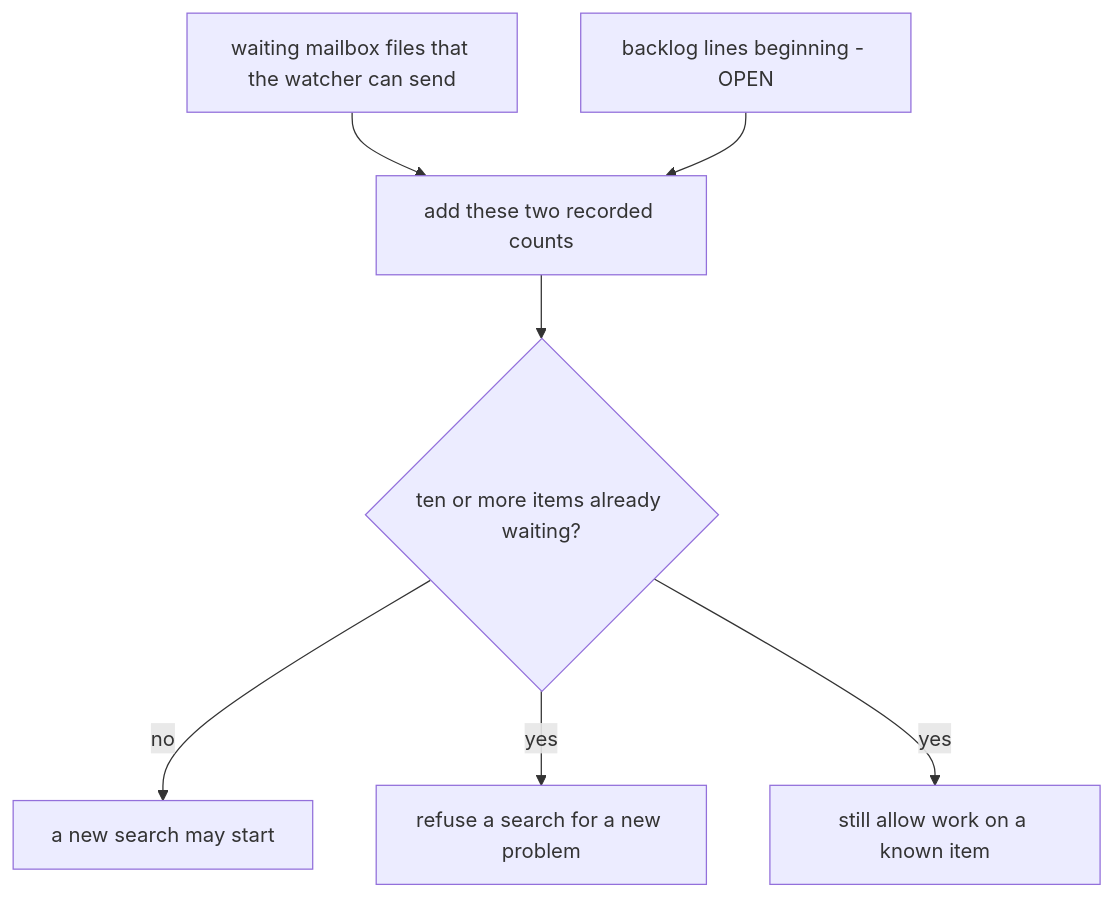
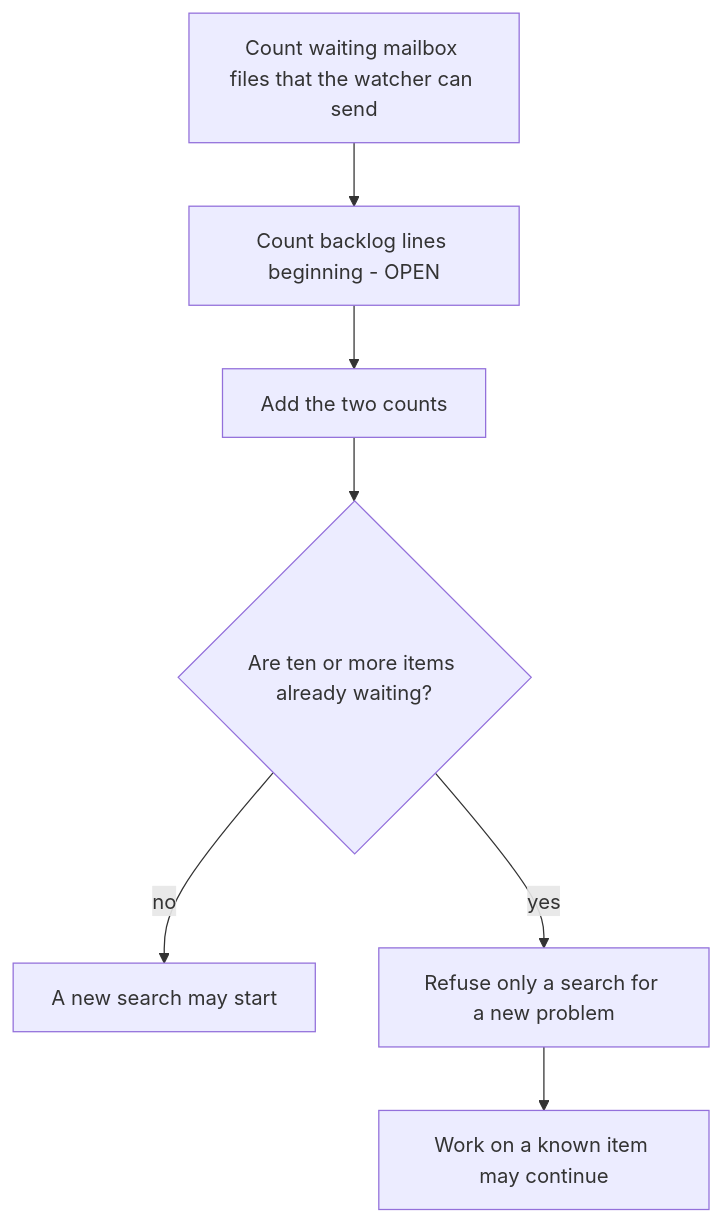
The sixth of 6 diagrams in ai/README.md (SBU-COSMOLIKE/emulators_code_v2), drawn with Mermaid before and after one commit. The commit also changed other lines of this file, not shown here.

````diff
--- a/ai/README.md
+++ b/ai/README.md
@@ -941,9 +951,9 @@
 ```mermaid
 flowchart TD
-  Q["waiting mailbox files that the watcher can send"] --> N["add these two recorded counts"]
-  B["backlog lines beginning - OPEN"] --> N
-  N --> T{"ten or more items already waiting?"}
-  T -->|"no"| O["a new search may start"]
-  T -->|"yes"| X["refuse a search for a new problem"]
-  T -->|"yes"| C["still allow work on a known item"]
+  Q["Count waiting mailbox files that the watcher can send"] --> B["Count backlog lines beginning - OPEN"]
+  B --> N["Add the two counts"]
+  N --> T{"Are ten or more items already waiting?"}
+  T -->|"no"| O["A new search may start"]
+  T -->|"yes"| X["Refuse only a search for a new problem"]
+  X --> C["Work on a known item may continue"]
 ```
````
